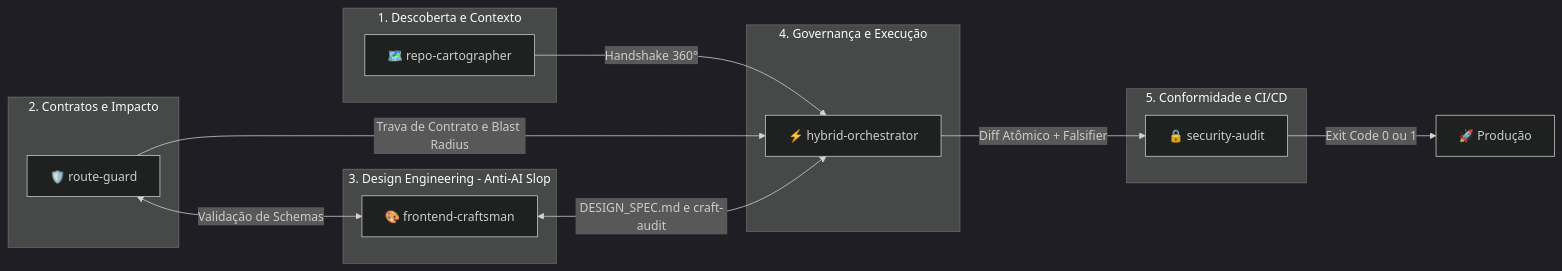
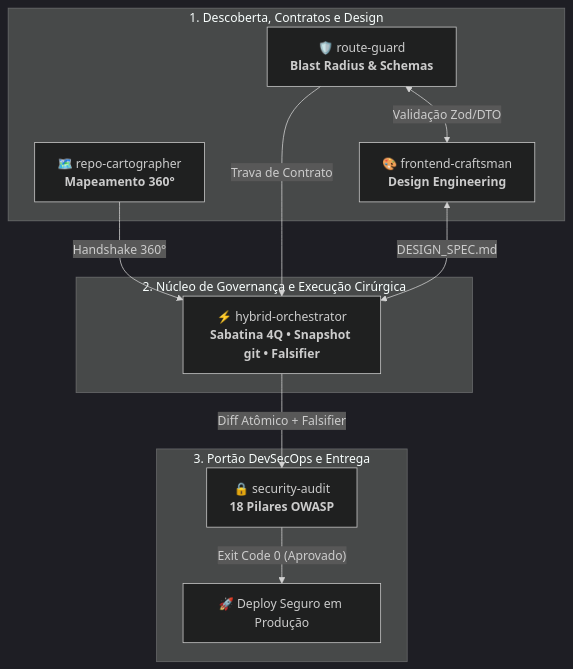
Before and after one commit to Henrique-All/skills: the first of 4 diagrams in README.md, drawn with Mermaid (dark theme). The commit also changed other lines of this file and 2 other files, not shown here.

Commit message:
docs(diagrams): break down wide horizontal flows into vertical multi-tier stacks with line breaks for clear high-resolution rendering

````diff
--- a/README.md
+++ b/README.md
@@ -12,29 +12,25 @@
 ```mermaid
-flowchart LR
-    subgraph S1 ["1. Descoberta e Contexto"]
-        RC["🗺️ repo-cartographer"]
+flowchart TD
+    subgraph FASE1 ["1. Descoberta, Contratos e Design"]
+        RC["🗺️ repo-cartographer<br/><b>Mapeamento 360°</b>"]
+        RG["🛡️ route-guard<br/><b>Blast Radius & Schemas</b>"]
+        FC["🎨 frontend-craftsman<br/><b>Design Engineering</b>"]
     end
 
-    subgraph S2 ["2. Contratos e Impacto"]
-        RG["🛡️ route-guard"]
+    subgraph FASE2 ["2. Núcleo de Governança e Execução Cirúrgica"]
+        HO["⚡ hybrid-orchestrator<br/><b>Sabatina 4Q • Snapshot git • Falsifier</b>"]
     end
 
-    subgraph S3 ["3. Design Engineering - Anti-AI Slop"]
-        FC["🎨 frontend-craftsman"]
-    end
-
-    subgraph S4 ["4. Governança e Execução"]
-        HO["⚡ hybrid-orchestrator"]
-    end
-
-    subgraph S5 ["5. Conformidade e CI/CD"]
-        SA["🔒 security-audit"]
+    subgraph FASE3 ["3. Portão DevSecOps e Entrega"]
+        SA["🔒 security-audit<br/><b>18 Pilares OWASP</b>"]
+        Deploy["🚀 Deploy Seguro em Produção"]
     end
 
     RC -->|"Handshake 360°"| HO
-    RG -->|"Trava de Contrato e Blast Radius"| HO
-    FC <-->|"DESIGN_SPEC.md e craft-audit"| HO
-    RG <-->|"Validação de Schemas"| FC
+    RG -->|"Trava de Contrato"| HO
+    RG <-->|"Validação Zod/DTO"| FC
+    FC <-->|"DESIGN_SPEC.md"| HO
+
     HO -->|"Diff Atômico + Falsifier"| SA
-    SA -->|"Exit Code 0 ou 1"| Deploy["🚀 Produção"]
+    SA -->|"Exit Code 0 (Aprovado)"| Deploy
 ```
````
